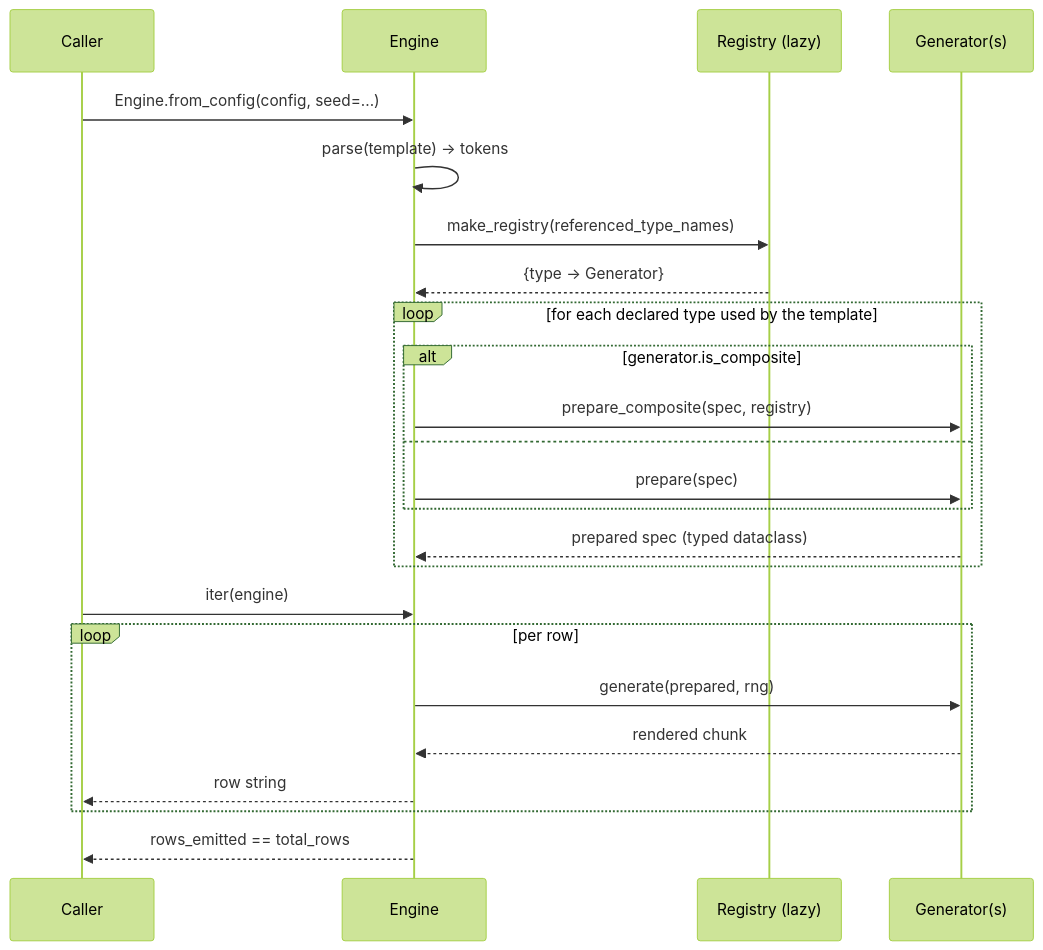
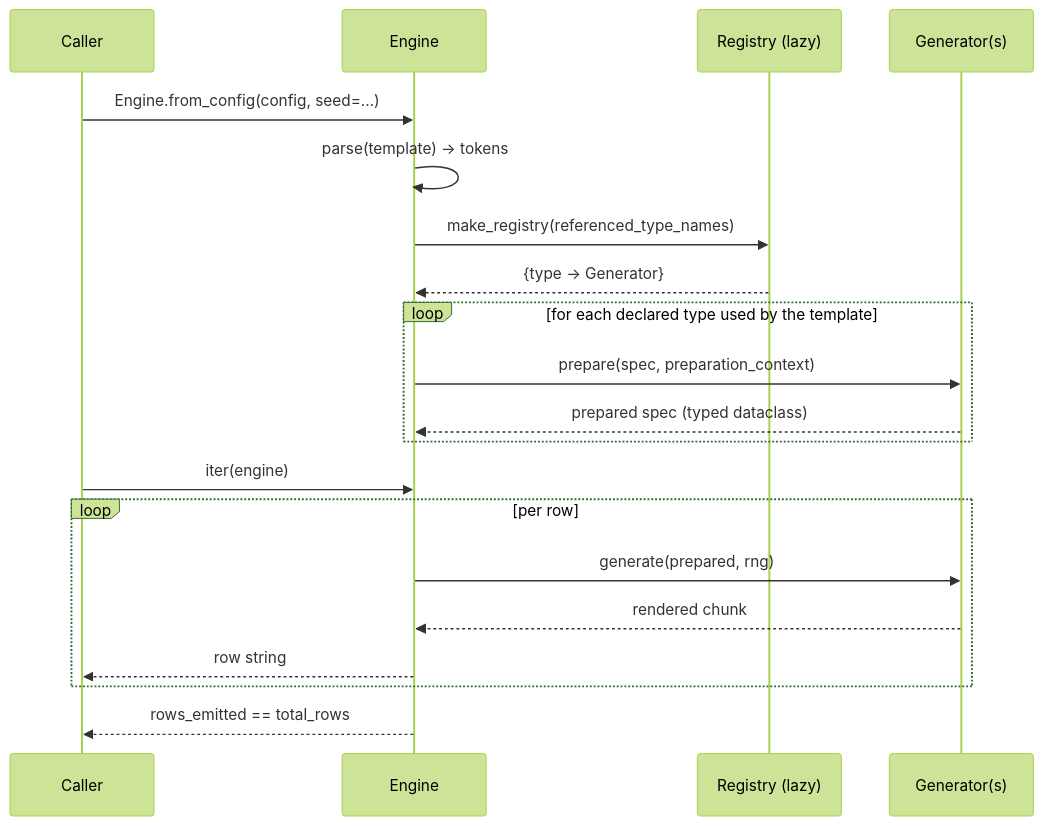
The second of 2 diagrams in README.md (geraldo-netto/ton), drawn with Mermaid (forest theme) before and after one commit. The commit also changed other lines of this file and 4 other files, not shown here.

Commit message:
docs(plugins): define composite preparation API

````diff
--- a/README.md
+++ b/README.md
@@ -128,26 +128,22 @@
 ```mermaid
 sequenceDiagram
   participant Caller
   participant Engine
   participant Registry as Registry (lazy)
   participant G as Generator(s)
   Caller->>Engine: Engine.from_config(config, seed=...)
   Engine->>Engine: parse(template) → tokens
   Engine->>Registry: make_registry(referenced_type_names)
   Registry-->>Engine: {type → Generator}
   loop for each declared type used by the template
-    alt generator.is_composite
-      Engine->>G: prepare_composite(spec, registry)
-    else
-      Engine->>G: prepare(spec)
-    end
+    Engine->>G: prepare(spec, preparation_context)
     G-->>Engine: prepared spec (typed dataclass)
   end
   Caller->>Engine: iter(engine)
   loop per row
     Engine->>G: generate(prepared, rng)
     G-->>Engine: rendered chunk
     Engine-->>Caller: row string
   end
   Engine-->>Caller: rows_emitted == total_rows
 ```
````
